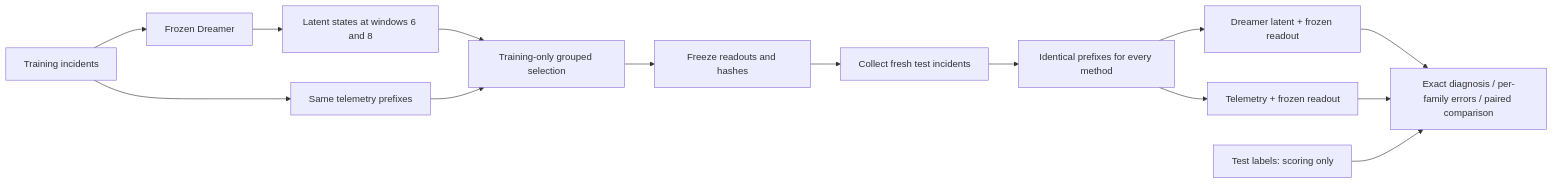
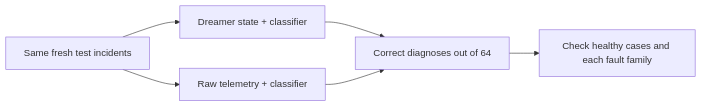
The third of 3 diagrams in docs/TRAINING.md (rnishtala/systems-world-model), drawn with Mermaid before and after one commit. The commit also changed other lines of this file, not shown here.

Commit message:
Simplify training guide with UI workflow and clear success criteria

````diff
--- a/docs/TRAINING.md
+++ b/docs/TRAINING.md
@@ -49,14 +90,7 @@
 ```mermaid
 flowchart LR
-    TR[Training incidents] --> CP[Frozen Dreamer]
-    CP --> Z[Latent states at windows 6 and 8]
-    TR --> H[Same telemetry prefixes]
-    Z & H --> CV[Training-only grouped selection]
-    CV --> FR[Freeze readouts and hashes]
-    FR --> NEW[Collect fresh test incidents]
-    NEW --> P[Identical prefixes for every method]
-    P --> WM[Dreamer latent + frozen readout]
-    P --> RAW[Telemetry + frozen readout]
-    WM & RAW --> SCORE[Exact diagnosis / per-family errors / paired comparison]
-    GT[Test labels: scoring only] --> SCORE
+    I[Same fresh test incidents] --> D[Dreamer state + classifier]
+    I --> T[Raw telemetry + classifier]
+    D & T --> S[Correct diagnoses out of 64]
+    S --> B[Check healthy cases and each fault family]
 ```
````
